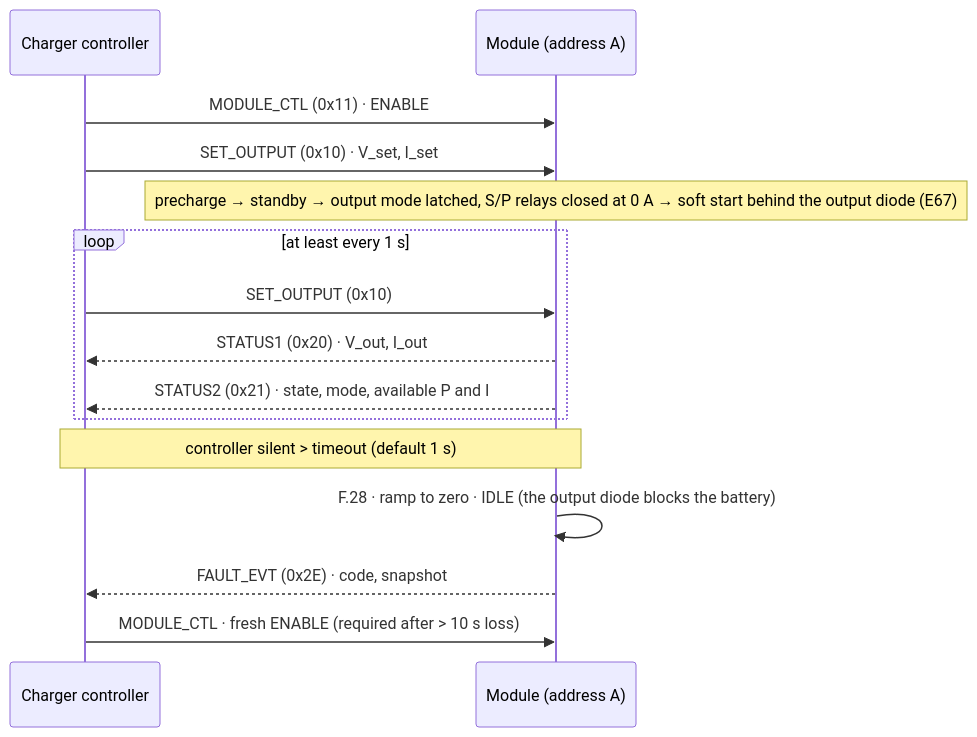
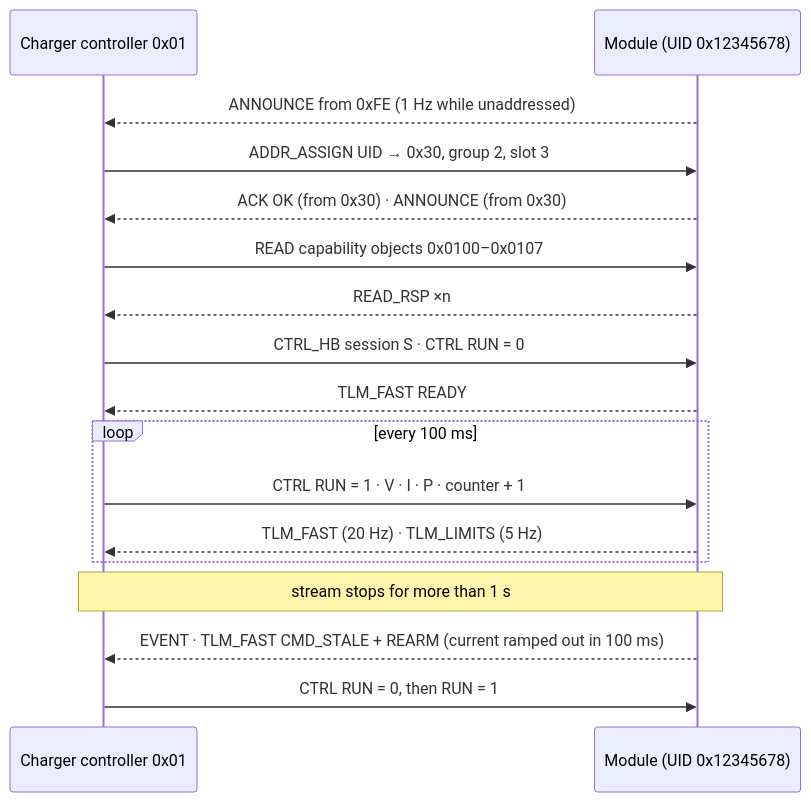
The diagram in docs/can-protocol.md (vectivolt/DC-Modules), drawn with Mermaid before and after one commit. The commit also changed other lines of this file and 81 other files, not shown here.

````diff
--- a/docs/can-protocol.md
+++ b/docs/can-protocol.md
@@ -46,17 +100,19 @@
 ```mermaid
 sequenceDiagram
-  participant C as Charger controller
-  participant M as Module (address A)
-  C->>M: MODULE_CTL (0x11) · ENABLE
-  C->>M: SET_OUTPUT (0x10) · V_set, I_set
-  Note over M: precharge → standby → output mode latched, S/P relays closed at 0 A → soft start behind the output diode (E67)
-  loop at least every 1 s
-    C->>M: SET_OUTPUT (0x10)
-    M-->>C: STATUS1 (0x20) · V_out, I_out
-    M-->>C: STATUS2 (0x21) · state, mode, available P and I
+  participant C as Charger controller 0x01
+  participant M as Module (UID 0x12345678)
+  M-->>C: ANNOUNCE from 0xFE (1 Hz while unaddressed)
+  C->>M: ADDR_ASSIGN UID → 0x30, group 2, slot 3
+  M-->>C: ACK OK (from 0x30) · ANNOUNCE (from 0x30)
+  C->>M: READ capability objects 0x0100–0x0107
+  M-->>C: READ_RSP ×n
+  C->>M: CTRL_HB session S · CTRL RUN = 0
+  M-->>C: TLM_FAST READY
+  loop every 100 ms
+    C->>M: CTRL RUN = 1 · V · I · P · counter + 1
+    M-->>C: TLM_FAST (20 Hz) · TLM_LIMITS (5 Hz)
   end
-  Note over C,M: controller silent > timeout (default 1 s)
-  M->>M: F.28 · ramp to zero · IDLE (the output diode blocks the battery)
-  M-->>C: FAULT_EVT (0x2E) · code, snapshot
-  C->>M: MODULE_CTL · fresh ENABLE (required after > 10 s loss)
+  Note over C,M: stream stops for more than 1 s
+  M-->>C: EVENT · TLM_FAST CMD_STALE + REARM (current ramped out in 100 ms)
+  C->>M: CTRL RUN = 0, then RUN = 1
 ```
````
